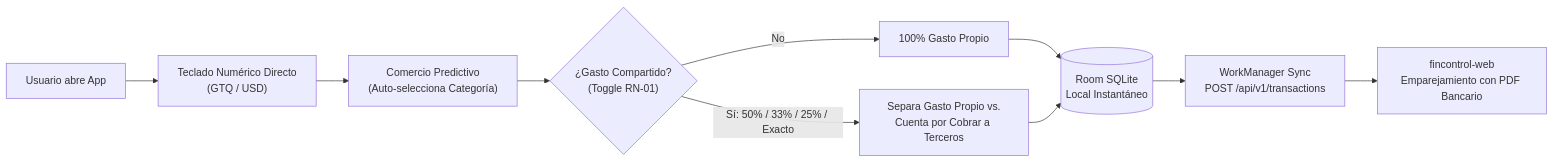
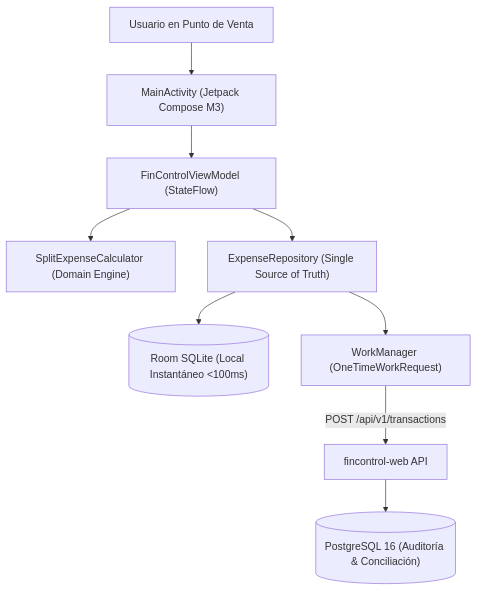
One commit to Crstndfp/fincontrol-android changed the diagram in docs/ARCHITECTURE.md. Above: the diagram before and after it, drawn with Mermaid. The commit also changed other lines of this file and 5 other files, not shown here.

Commit message:
feat: complete MVVM architecture, Repository pattern, movement editor and gradle wrapper

````diff
--- a/docs/ARCHITECTURE.md
+++ b/docs/ARCHITECTURE.md
@@ -6,12 +6,11 @@
 ```mermaid
-flowchart LR
-    U["Usuario abre App"] --> K["Teclado Numérico Directo\n(GTQ / USD)"]
-    K --> M["Comercio Predictivo\n(Auto-selecciona Categoría)"]
-    M --> S{"¿Gasto Compartido?\n(Toggle RN-01)"}
-    S -->|No| R1["100% Gasto Propio"]
-    S -->|Sí: 50% / 33% / 25% / Exacto| R2["Separa Gasto Propio vs.\nCuenta por Cobrar a Terceros"]
-    R1 --> DB[("Room SQLite\nLocal Instantáneo")]
-    R2 --> DB
-    DB --> WM["WorkManager Sync\nPOST /api/v1/transactions"]
-    WM --> WEB["fincontrol-web\nEmparejamiento con PDF Bancario"]
+flowchart TD
+    U["Usuario en Punto de Venta"] --> UI["MainActivity (Jetpack Compose M3)"]
+    UI --> VM["FinControlViewModel (StateFlow)"]
+    VM --> CALC["SplitExpenseCalculator (Domain Engine)"]
+    VM --> REPO["ExpenseRepository (Single Source of Truth)"]
+    REPO --> ROOM[("Room SQLite (Local Instantáneo <100ms)")]
+    REPO --> WM["WorkManager (OneTimeWorkRequest)"]
+    WM -->|POST /api/v1/transactions| API["fincontrol-web API"]
+    API --> PG[("PostgreSQL 16 (Auditoría & Conciliación)")]
 ```
````
